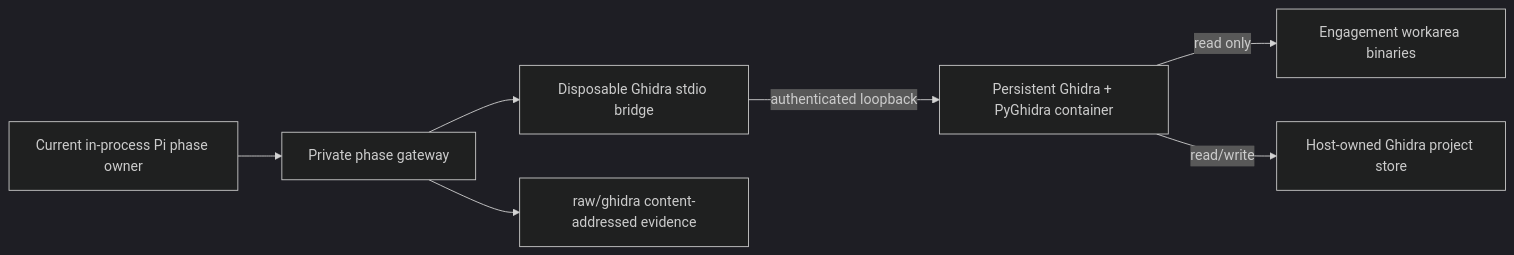
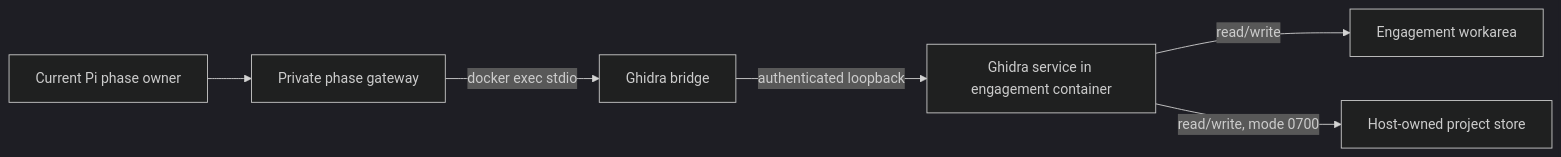
The diagram in docs/runtimes/ghidra.md (cyberful/cyberful), drawn with Mermaid (dark theme) before and after one commit. The commit also changed other lines of this file and 84 other files, not shown here.

````diff
--- a/docs/runtimes/ghidra.md
+++ b/docs/runtimes/ghidra.md
@@ -26,9 +15,8 @@
 ```mermaid
 flowchart LR
-    Phase["Current in-process Pi phase owner"] --> Gateway["Private phase gateway"]
-    Gateway --> Bridge["Disposable Ghidra stdio bridge"]
-    Bridge -->|"authenticated loopback"| Runtime["Persistent Ghidra + PyGhidra container"]
-    Runtime -->|"read only"| Workarea["Engagement workarea binaries"]
-    Runtime -->|"read/write"| Store["Host-owned Ghidra project store"]
-    Gateway --> Evidence["raw/ghidra content-addressed evidence"]
+    Phase["Current Pi phase owner"] --> Gateway["Private phase gateway"]
+    Gateway -->|"docker exec stdio"| Bridge["Ghidra bridge"]
+    Bridge -->|"authenticated loopback"| Service["Ghidra service in engagement container"]
+    Service -->|"read/write"| Workarea["Engagement workarea"]
+    Service -->|"read/write, mode 0700"| Store["Host-owned project store"]
 ```
````
